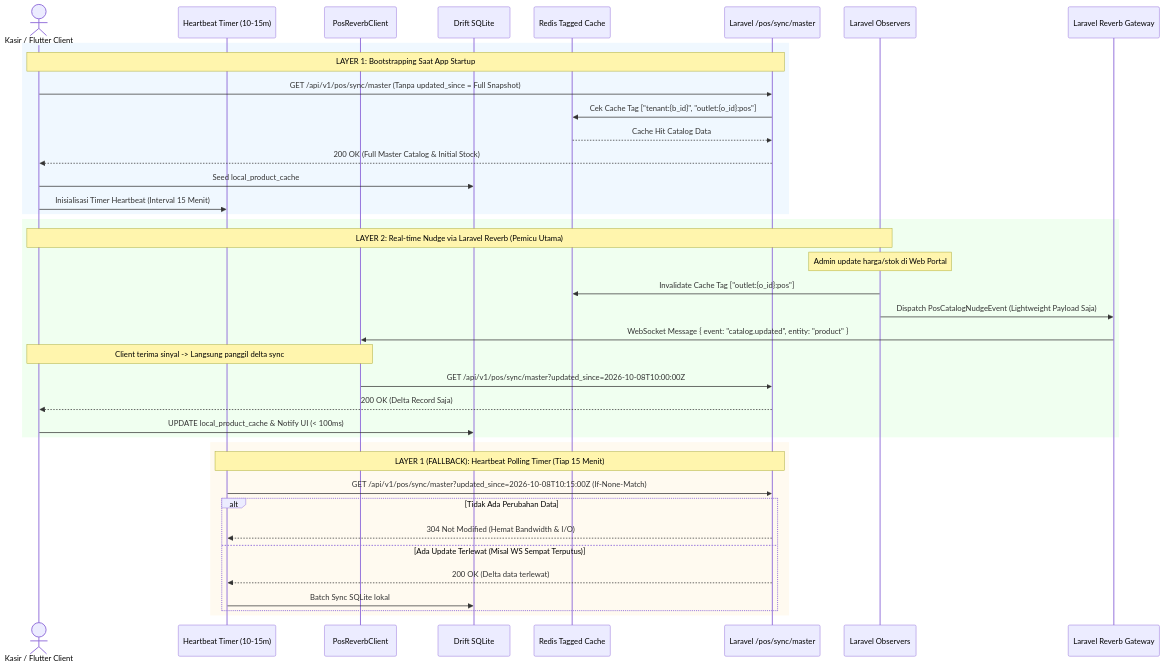
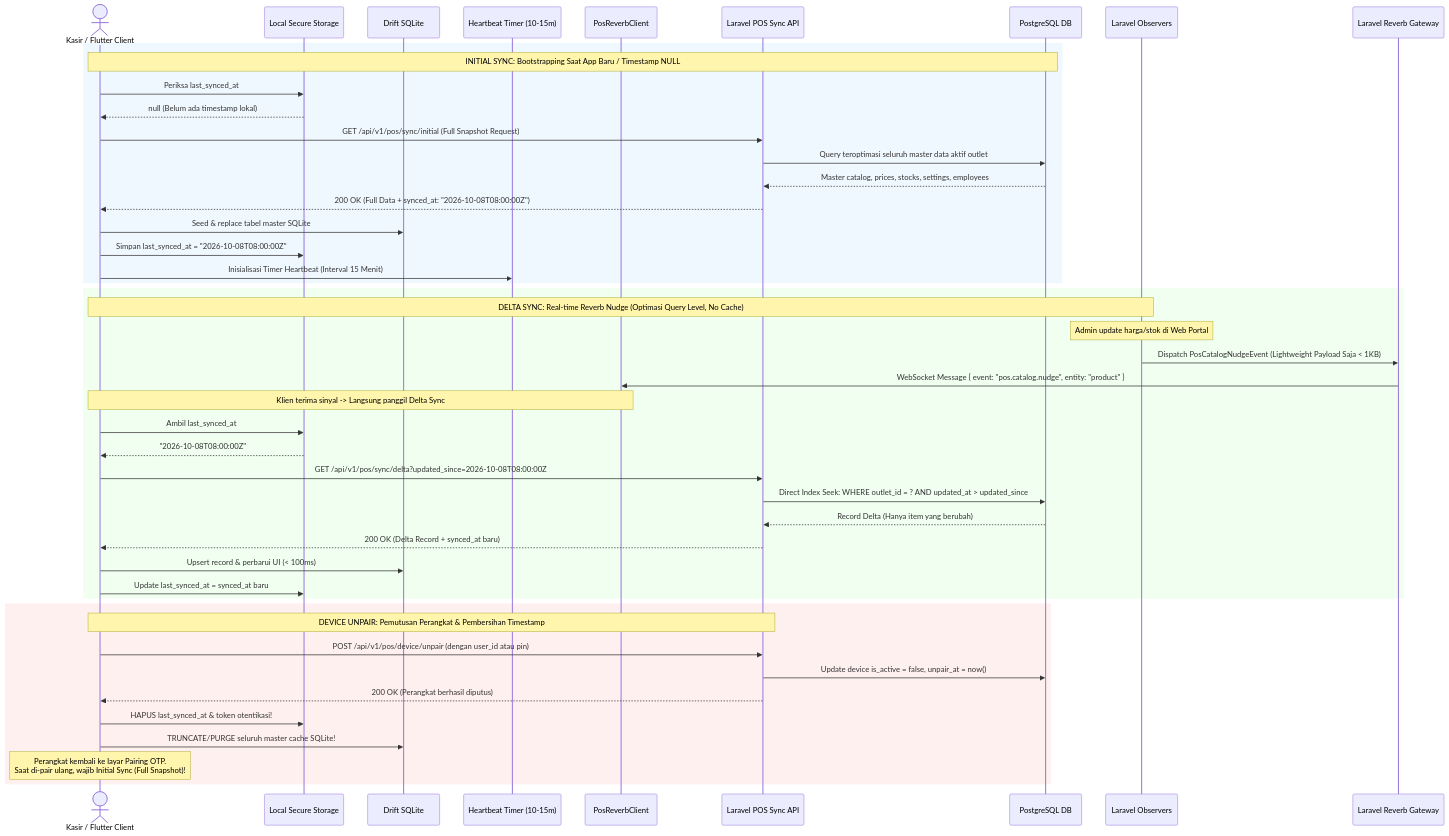
The second of 2 diagrams in prd/PRD Transaksi - Channel POS V1.3 Core Fast Checkout, Hold-Resume, Delta Sync & Realtime Stream.md (whykrr/sollu-app), drawn with Mermaid before and after one commit. The commit also changed other lines of this file and 21 other files, not shown here.

First line of the commit message:
feat: Update POS settings to allow negative stock by default

````diff
--- a/prd/PRD Transaksi - Channel POS V1.3 Core Fast Checkout, Hold-Resume, Delta Sync & Realtime Stream.md
+++ b/prd/PRD Transaksi - Channel POS V1.3 Core Fast Checkout, Hold-Resume, Delta Sync & Realtime Stream.md
@@ -172,44 +228,51 @@
 ```mermaid
 sequenceDiagram
     actor Cashier as Kasir / Flutter Client
+    participant LocalStorage as Local Secure Storage
+    participant LocalDB as Drift SQLite
     participant Timer as Heartbeat Timer (10-15m)
     participant ReverbClient as PosReverbClient
-    participant LocalDB as Drift SQLite
-    participant Cache as Redis Tagged Cache
-    participant API as Laravel /pos/sync/master
+    participant API as Laravel POS Sync API
+    participant DB as PostgreSQL DB
     participant Observer as Laravel Observers
     participant Reverb as Laravel Reverb Gateway
 
     rect rgb(240, 248, 255)
-    Note over Cashier,API: LAYER 1: Bootstrapping Saat App Startup
-    Cashier->>API: GET /api/v1/pos/sync/master (Tanpa updated_since = Full Snapshot)
-    API->>Cache: Cek Cache Tag ["tenant:{b_id}", "outlet:{o_id}:pos"]
-    Cache-->>API: Cache Hit Catalog Data
-    API-->>Cashier: 200 OK (Full Master Catalog & Initial Stock)
-    Cashier->>LocalDB: Seed local_product_cache
+    Note over Cashier,DB: INITIAL SYNC: Bootstrapping Saat App Baru / Timestamp NULL
+    Cashier->>LocalStorage: Periksa last_synced_at
+    LocalStorage-->>Cashier: null (Belum ada timestamp lokal)
+    Cashier->>API: GET /api/v1/pos/sync/initial (Full Snapshot Request)
+    API->>DB: Query teroptimasi seluruh master data aktif outlet
+    DB-->>API: Master catalog, prices, stocks, settings, employees
+    API-->>Cashier: 200 OK (Full Data + synced_at: "2026-10-08T08:00:00Z")
+    Cashier->>LocalDB: Seed & replace tabel master SQLite
+    Cashier->>LocalStorage: Simpan last_synced_at = "2026-10-08T08:00:00Z"
     Cashier->>Timer: Inisialisasi Timer Heartbeat (Interval 15 Menit)
     end
 
     rect rgb(240, 255, 240)
-    Note over Observer,Cashier: LAYER 2: Real-time Nudge via Laravel Reverb (Pemicu Utama)
+    Note over Observer,Cashier: DELTA SYNC: Real-time Reverb Nudge (Optimasi Query Level, No Cache)
     Note over Observer: Admin update harga/stok di Web Portal
-    Observer->>Cache: Invalidate Cache Tag ["outlet:{o_id}:pos"]
-    Observer->>Reverb: Dispatch PosCatalogNudgeEvent (Lightweight Payload Saja)
-    Reverb->>ReverbClient: WebSocket Message { event: "catalog.updated", entity: "product" }
-    Note over ReverbClient,Cashier: Client terima sinyal -> Langsung panggil delta sync
-    ReverbClient->>API: GET /api/v1/pos/sync/master?updated_since=2026-10-08T10:00:00Z
-    API-->>Cashier: 200 OK (Delta Record Saja)
-    Cashier->>LocalDB: UPDATE local_product_cache & Notify UI (< 100ms)
+    Observer->>Reverb: Dispatch PosCatalogNudgeEvent (Lightweight Payload Saja < 1KB)
+    Reverb->>ReverbClient: WebSocket Message { event: "pos.catalog.nudge", entity: "product" }
+    Note over ReverbClient,Cashier: Klien terima sinyal -> Langsung panggil Delta Sync
+    Cashier->>LocalStorage: Ambil last_synced_at
+    LocalStorage-->>Cashier: "2026-10-08T08:00:00Z"
+    Cashier->>API: GET /api/v1/pos/sync/delta?updated_since=2026-10-08T08:00:00Z
+    API->>DB: Direct Index Seek: WHERE outlet_id = ? AND updated_at > updated_since
+    DB-->>API: Record Delta (Hanya item yang berubah)
+    API-->>Cashier: 200 OK (Delta Record + synced_at baru)
+    Cashier->>LocalDB: Upsert record & perbarui UI (< 100ms)
+    Cashier->>LocalStorage: Update last_synced_at = synced_at baru
     end
 
-    rect rgb(255, 250, 240)
-    Note over Timer,API: LAYER 1 (FALLBACK): Heartbeat Polling Timer (Tiap 15 Menit)
-    Timer->>API: GET /api/v1/pos/sync/master?updated_since=2026-10-08T10:15:00Z (If-None-Match)
-    alt Tidak Ada Perubahan Data
-        API-->>Timer: 304 Not Modified (Hemat Bandwidth & I/O)
-    else Ada Update Terlewat (Misal WS Sempat Terputus)
-        API-->>Timer: 200 OK (Delta data terlewat)
-        Timer->>LocalDB: Batch Sync SQLite lokal
-    end
+    rect rgb(255, 240, 240)
+    Note over Cashier,API: DEVICE UNPAIR: Pemutusan Perangkat & Pembersihan Timestamp
+    Cashier->>API: POST /api/v1/pos/device/unpair (dengan user_id atau pin)
+    API->>DB: Update device is_active = false, unpair_at = now()
+    API-->>Cashier: 200 OK (Perangkat berhasil diputus)
+    Cashier->>LocalStorage: HAPUS last_synced_at & token otentikasi!
+    Cashier->>LocalDB: TRUNCATE/PURGE seluruh master cache SQLite!
+    Note over Cashier: Perangkat kembali ke layar Pairing OTP.<br/>Saat di-pair ulang, wajib Initial Sync (Full Snapshot)!
     end
 ```
````
